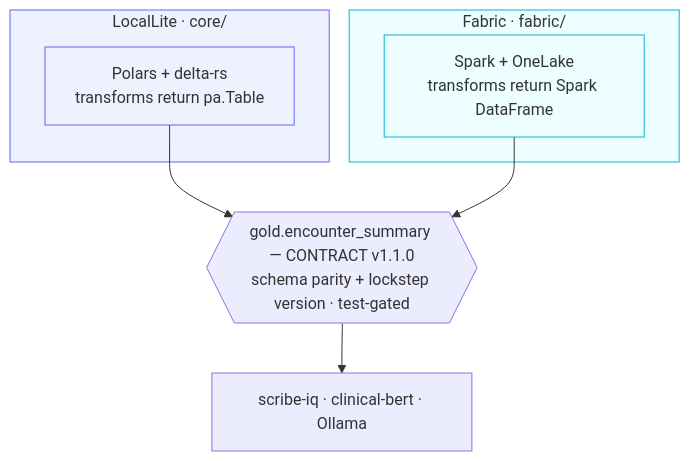
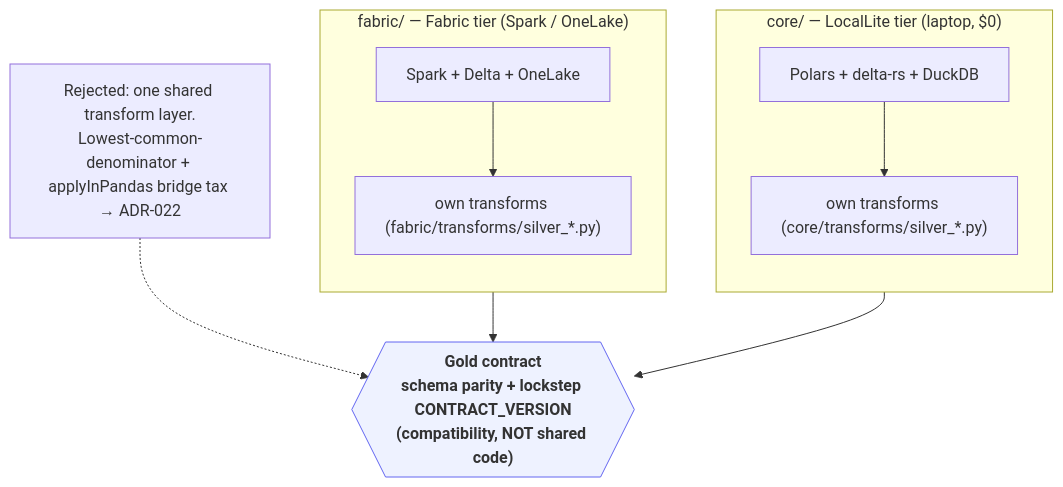
One commit to sandeep-jay/scribe-iq-lakehouse changed the first of 3 diagrams in docs/platforms/parity.md. Above: the diagram before and after it, drawn with Mermaid. The commit also changed 11 other files, not shown here.

First line of the commit message:
docs: stack-forward homepage, architecture diagrams, provenance, and repo metadata (#5)

````diff
--- a/docs/platforms/parity.md
+++ b/docs/platforms/parity.md
@@ -14,16 +14,22 @@
 ```mermaid
 flowchart TB
-    subgraph L["LocalLite · core/"]
-        L1["Polars + delta-rs<br/>transforms return pa.Table"]
+    subgraph CORE["core/ — LocalLite tier (laptop, $0)"]
+        direction TB
+        C1["Polars + delta-rs + DuckDB"]
+        C2["own transforms (core/transforms/silver_*.py)"]
+        C1 --> C2
     end
-    subgraph F["Fabric · fabric/"]
-        F1["Spark + OneLake<br/>transforms return Spark DataFrame"]
+    subgraph FAB["fabric/ — Fabric tier (Spark / OneLake)"]
+        direction TB
+        F1["Spark + Delta + OneLake"]
+        F2["own transforms (fabric/transforms/silver_*.py)"]
+        F1 --> F2
     end
-    L1 --> K{{"gold.encounter_summary — CONTRACT v1.1.0<br/>schema parity + lockstep version · test-gated"}}
-    F1 --> K
-    K --> D["scribe-iq · clinical-bert · Ollama"]
-    classDef l fill:#eef2ff,stroke:#6366f1;
-    classDef f fill:#ecfeff,stroke:#06b6d4;
-    class L,L1 l
-    class F,F1 f
+    CONTRACT{{"Gold contract<br/>schema parity + lockstep CONTRACT_VERSION<br/>(compatibility, NOT shared code)"}}
+    C2 --> CONTRACT
+    F2 --> CONTRACT
+    NOTE["Rejected: one shared transform layer.<br/>Lowest-common-denominator + applyInPandas bridge tax → ADR-022"]
+    NOTE -.-> CONTRACT
+    classDef contract fill:#eef2ff,stroke:#6366f1,font-weight:bold;
+    class CONTRACT contract
 ```
````
